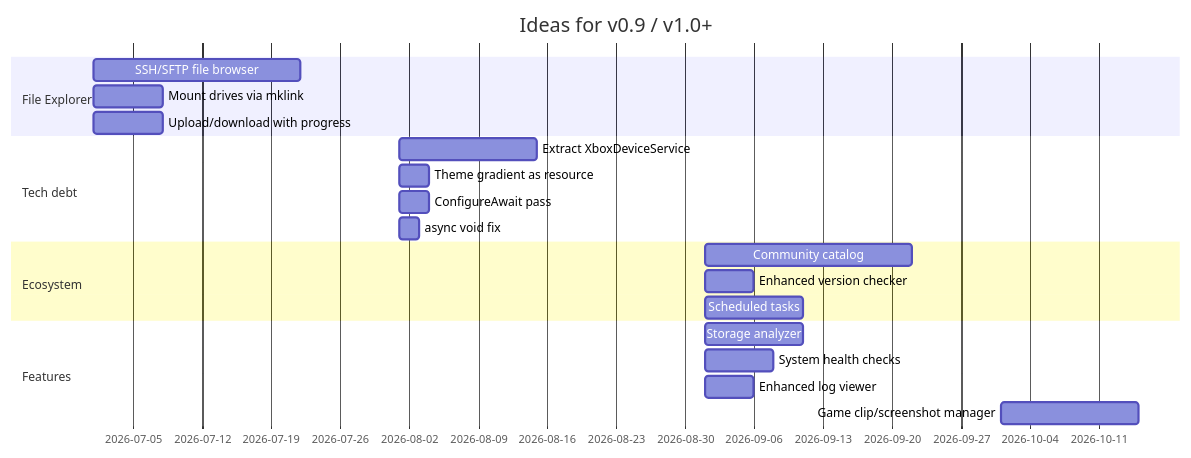
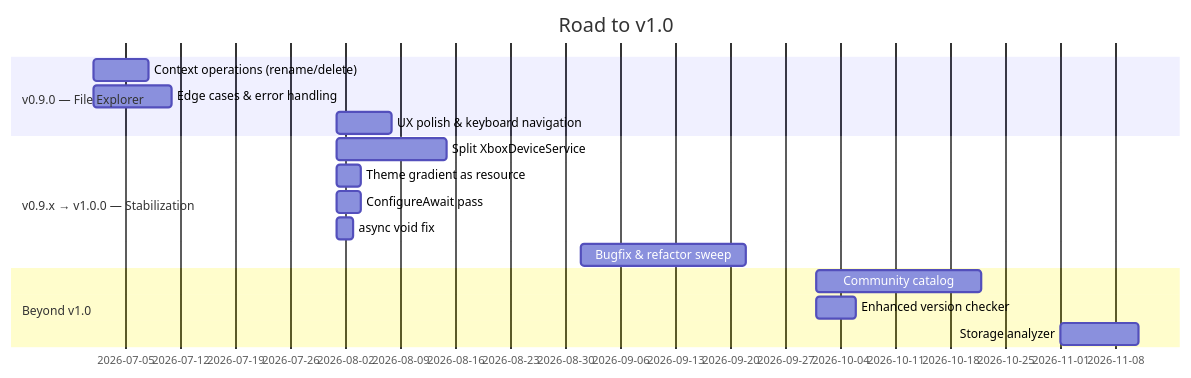
The third of 3 diagrams in docs/roadmap.md (marcelofrau/xb-homebrew-vault), drawn with Mermaid before and after one commit. The commit also changed other lines of this file and 29 other files, not shown here.

````diff
--- a/docs/roadmap.md
+++ b/docs/roadmap.md
@@ -120,23 +128,19 @@
 ```mermaid
 gantt
-    title Ideas for v0.9 / v1.0+
+    title Road to v1.0
     dateFormat  YYYY-MM-DD
-    section File Explorer
-    SSH/SFTP file browser        : 2026-07, 21d
-    Mount drives via mklink      : 2026-07, 7d
-    Upload/download with progress: 2026-07, 7d
-    section Tech debt
-    Extract XboxDeviceService    : 2026-08, 14d
-    Theme gradient as resource   : 2026-08, 3d
-    ConfigureAwait pass          : 2026-08, 3d
-    async void fix               : 2026-08, 2d
-    section Ecosystem
-    Community catalog            : 2026-09, 21d
-    Enhanced version checker     : 2026-09, 5d
-    Scheduled tasks              : 2026-09, 10d
-    section Features
-    Storage analyzer             : 2026-09, 10d
-    System health checks         : 2026-09, 7d
-    Enhanced log viewer          : 2026-09, 5d
-    Game clip/screenshot manager : 2026-10, 14d
+    section v0.9.0 — File Explorer
+    Context operations (rename/delete) : 2026-07, 7d
+    Edge cases & error handling        : 2026-07, 10d
+    UX polish & keyboard navigation    : 2026-08, 7d
+    section v0.9.x → v1.0.0 — Stabilization
+    Split XboxDeviceService     : 2026-08, 14d
+    Theme gradient as resource  : 2026-08, 3d
+    ConfigureAwait pass         : 2026-08, 3d
+    async void fix              : 2026-08, 2d
+    Bugfix & refactor sweep     : 2026-09, 21d
+    section Beyond v1.0
+    Community catalog           : 2026-10, 21d
+    Enhanced version checker    : 2026-10, 5d
+    Storage analyzer            : 2026-11, 10d
 ```
````
